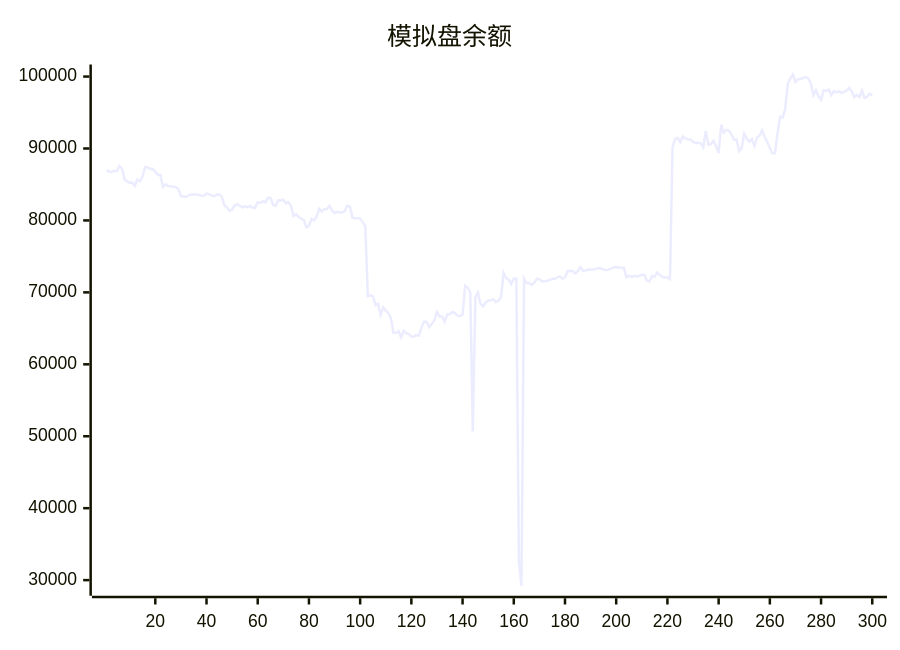
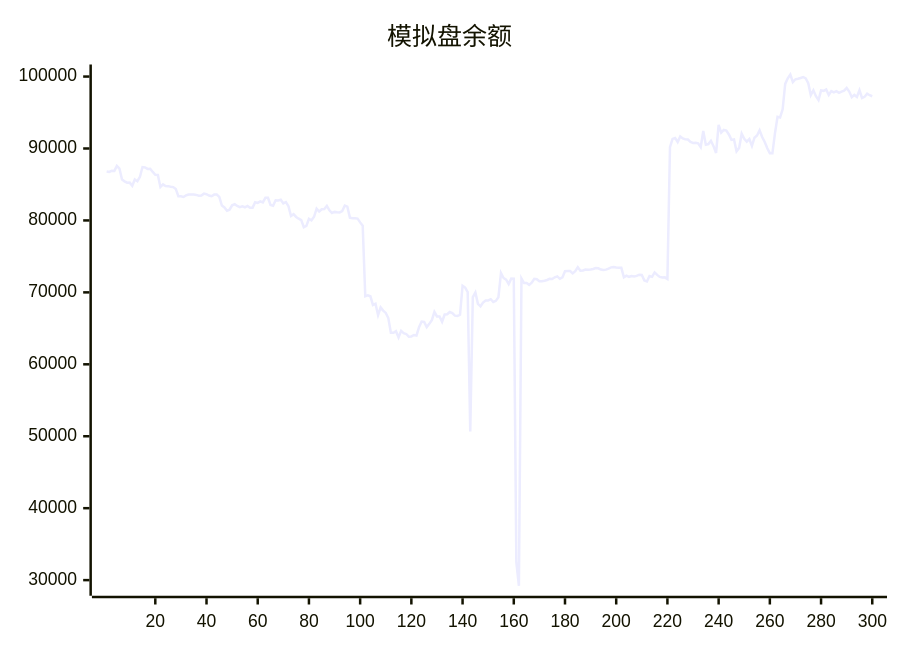
Before and after one commit to aahl/ai-trading: the diagram in README.md, drawn with Mermaid. The commit also changed other lines of this file and 1 other file, not shown here.

````diff
--- a/README.md
+++ b/README.md
@@ -5,5 +5,5 @@
 ```mermaid
 xychart
     title "模拟盘余额"
-    line [87000,86810,86740,86894,86884,87576,87209,85686,85435,85251,85255,84820,85689,85453,86066,87420,87373,87161,87178,86740,86341,86315,84643,85012,84772,84768,84690,84635,84376,83360,83357,83259,83474,83608,83606,83602,83548,83440,83454,83724,83644,83464,83365,83590,83592,83275,82072,81806,81344,81492,82109,82254,82006,81848,81955,81829,82022,81769,81776,82522,82441,82656,82498,83144,83144,82150,82038,82797,82763,82872,82367,82536,81981,80612,80862,80484,80242,80034,79063,79245,80226,80016,80507,81625,81233,81544,81578,82016,81401,81019,81186,81130,81118,81306,82066,81909,80392,80304,80291,80258,79729,79261,69466,69579,69456,68251,68415,66832,67911,67462,67144,66432,64380,64375,64606,63740,64647,64324,64216,63842,63877,64078,64008,65156,65945,65888,65157,65625,66144,67284,66653,66639,65924,66925,66956,67263,67108,66766,66729,66886,70927,70673,70049,50652,69334,69973,68400,68061,68578,68876,68879,69055,68662,68822,69329,72687,71999,71760,71162,71911,71896,32500,29218,71927,71297,71305,71044,71337,71883,71822,71536,71536,71622,71723,71880,71860,72100,72216,71887,72077,72940,72976,72966,72638,72948,73497,73004,73041,73173,73160,73186,73258,73375,73351,73173,73098,73161,73305,73474,73536,73457,73413,73412,72100,72333,72164,72272,72204,72285,72461,72421,71652,71521,72267,72157,72774,72424,72144,72060,72091,71858,90185,91338,91466,90900,91678,91404,91268,91244,90903,90779,90787,90721,90187,92429,90518,90619,91070,90328,89376,93286,92202,92581,92485,91947,91196,91259,89619,90086,92063,91355,90950,91327,90373,91498,91800,92531,91603,90910,90031,89351,89334,92097,94406,94315,95455,98972,99763,100286,99229,99622,99701,99805,99938,99738,99082,97430,98094,97267,96741,98081,98013,98194,97447,97983,97789,97969,97729,97911,98043,98405,97912,97120,97448,97154,98095,97021,97190,97616,97402]
+    line [86810,86740,86894,86884,87576,87209,85686,85435,85251,85255,84820,85689,85453,86066,87420,87373,87161,87178,86740,86341,86315,84643,85012,84772,84768,84690,84635,84376,83360,83357,83259,83474,83608,83606,83602,83548,83440,83454,83724,83644,83464,83365,83590,83592,83275,82072,81806,81344,81492,82109,82254,82006,81848,81955,81829,82022,81769,81776,82522,82441,82656,82498,83144,83144,82150,82038,82797,82763,82872,82367,82536,81981,80612,80862,80484,80242,80034,79063,79245,80226,80016,80507,81625,81233,81544,81578,82016,81401,81019,81186,81130,81118,81306,82066,81909,80392,80304,80291,80258,79729,79261,69466,69579,69456,68251,68415,66832,67911,67462,67144,66432,64380,64375,64606,63740,64647,64324,64216,63842,63877,64078,64008,65156,65945,65888,65157,65625,66144,67284,66653,66639,65924,66925,66956,67263,67108,66766,66729,66886,70927,70673,70049,50652,69334,69973,68400,68061,68578,68876,68879,69055,68662,68822,69329,72687,71999,71760,71162,71911,71896,32500,29218,71927,71297,71305,71044,71337,71883,71822,71536,71536,71622,71723,71880,71860,72100,72216,71887,72077,72940,72976,72966,72638,72948,73497,73004,73041,73173,73160,73186,73258,73375,73351,73173,73098,73161,73305,73474,73536,73457,73413,73412,72100,72333,72164,72272,72204,72285,72461,72421,71652,71521,72267,72157,72774,72424,72144,72060,72091,71858,90185,91338,91466,90900,91678,91404,91268,91244,90903,90779,90787,90721,90187,92429,90518,90619,91070,90328,89376,93286,92202,92581,92485,91947,91196,91259,89619,90086,92063,91355,90950,91327,90373,91498,91800,92531,91603,90910,90031,89351,89334,92097,94406,94315,95455,98972,99763,100286,99229,99622,99701,99805,99938,99738,99082,97430,98094,97267,96741,98081,98013,98194,97447,97983,97789,97969,97729,97911,98043,98405,97912,97120,97448,97154,98095,97021,97190,97616,97402,97263]
 ```
````
